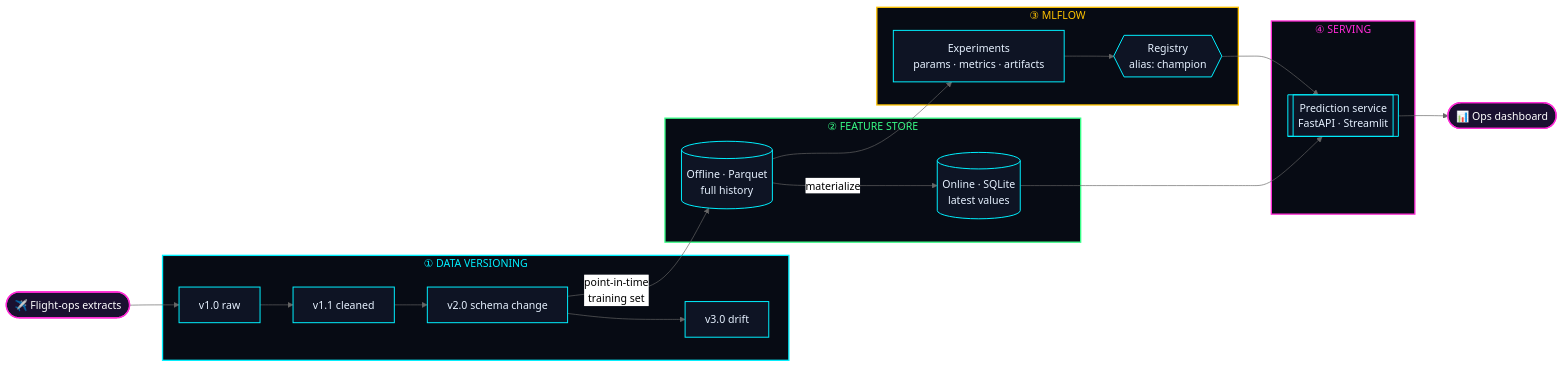
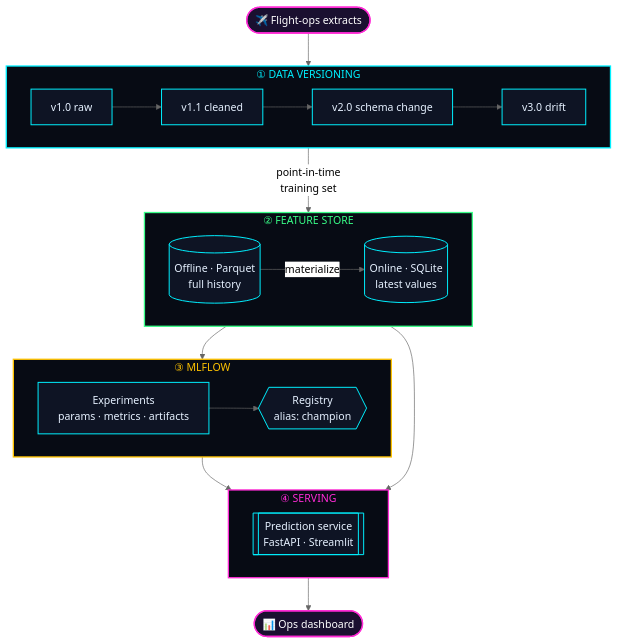
The diagram in README.md (Rohesen/flight-delay-mlops), drawn with Mermaid (neutral theme) before and after one commit.

Commit message:
Stack architecture diagram vertically for readability

````diff
--- a/README.md
+++ b/README.md
@@ -41,33 +41,37 @@
 ```mermaid
-flowchart LR
+flowchart TB
     SRC(["✈️ Flight-ops extracts"]):::src --> V1
 
     subgraph S1["① DATA VERSIONING"]
+      direction LR
       V1["v1.0 raw"] --> V2["v1.1 cleaned"] --> V3["v2.0 schema change"] --> V4["v3.0 drift"]
     end
 
     subgraph S2["② FEATURE STORE"]
+      direction LR
       OFF[("Offline · Parquet<br/>full history")] -->|"materialize"| ON[("Online · SQLite<br/>latest values")]
     end
 
     subgraph S3["③ MLFLOW"]
+      direction LR
       EXP["Experiments<br/>params · metrics · artifacts"] --> REG{{"Registry<br/>alias: champion"}}
     end
 
     subgraph S4["④ SERVING"]
+      direction LR
       API[["Prediction service<br/>FastAPI · Streamlit"]]
     end
 
     V3 -->|"point-in-time<br/>training set"| OFF
     OFF --> EXP
     REG --> API
     ON --> API
     API --> USER(["📊 Ops dashboard"]):::src
 
     classDef src fill:#1A1030,stroke:#FF2BD6,stroke-width:2px,color:#FFFFFF
     classDef default fill:#0E1424,stroke:#00F0FF,stroke-width:1.5px,color:#E6F1FF
     style S1 fill:#070B14,stroke:#00F0FF,stroke-width:2px,color:#00F0FF
     style S2 fill:#070B14,stroke:#39FF88,stroke-width:2px,color:#39FF88
     style S3 fill:#070B14,stroke:#FFC300,stroke-width:2px,color:#FFC300
     style S4 fill:#070B14,stroke:#FF2BD6,stroke-width:2px,color:#FF2BD6
 ```
````
